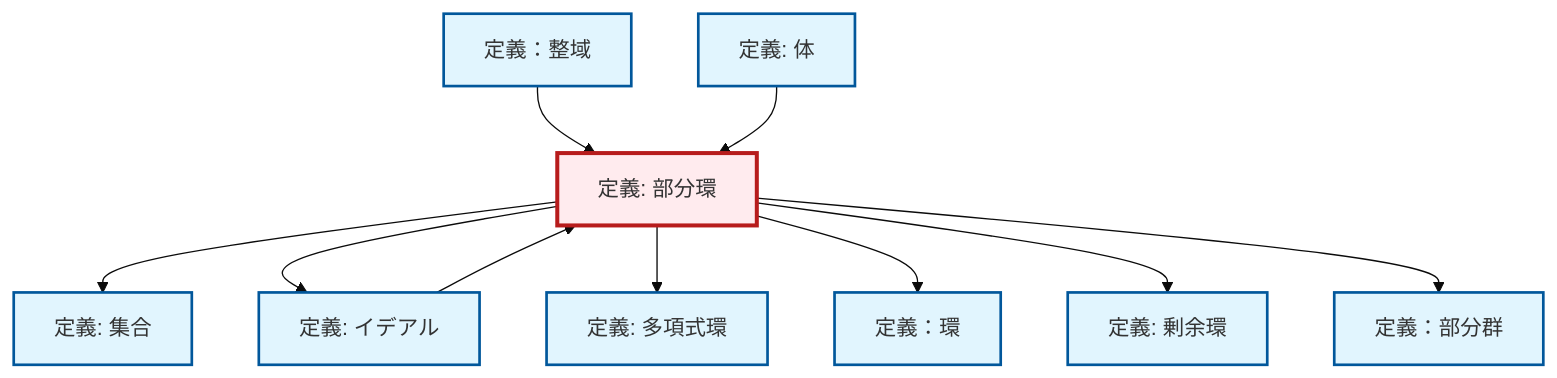
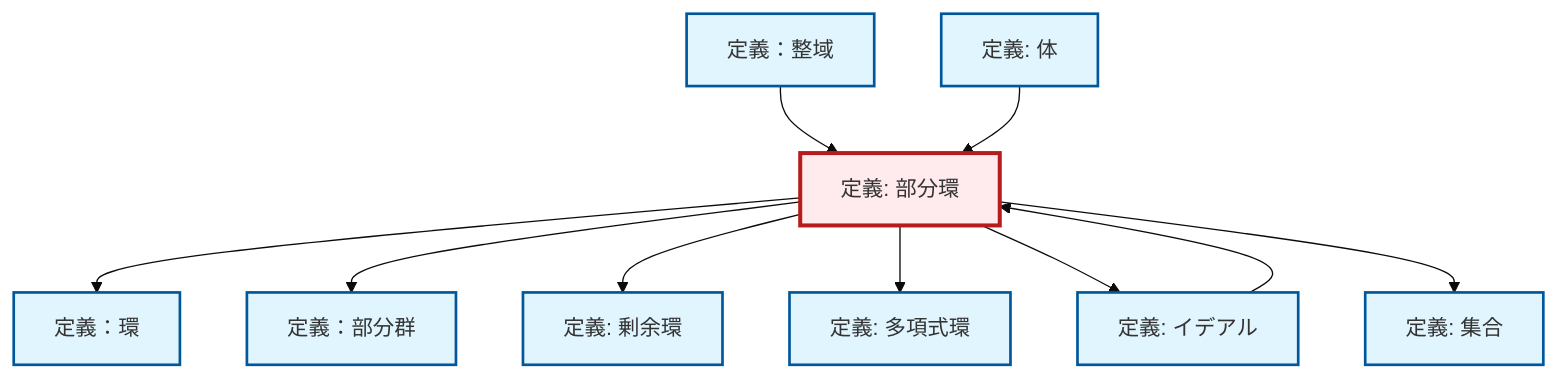
The diagram in content/ja/algebra/def-subring.qmd (RK0429/ModernMath), drawn with Mermaid (base theme) before and after one commit. The commit also changed 672 other files, not shown here.

````diff
--- a/content/ja/algebra/def-subring.qmd
+++ b/content/ja/algebra/def-subring.qmd
@@ -85,36 +85,36 @@
 ```{mermaid}
-%%| fig-cap: "Local dependency graph"
+%%| fig-cap: "ローカル依存関係グラフ"
 graph TD
     classDef definition fill:#e1f5fe,stroke:#01579b,stroke-width:2px
     classDef theorem fill:#f3e5f5,stroke:#4a148c,stroke-width:2px
     classDef axiom fill:#fff3e0,stroke:#e65100,stroke-width:2px
     classDef example fill:#e8f5e9,stroke:#1b5e20,stroke-width:2px
     classDef current fill:#ffebee,stroke:#b71c1c,stroke-width:3px
+    def-set["定義: 集合"]:::definition
+    def-subgroup["定義：部分群"]:::definition
+    def-subring["定義: 部分環"]:::definition
+    def-integral-domain["定義：整域"]:::definition
+    def-polynomial-ring["定義: 多項式環"]:::definition
+    def-ring["定義：環"]:::definition
+    def-ideal["定義: イデアル"]:::definition
     def-field["定義: 体"]:::definition
-    def-subring["定義: 部分環"]:::definition
-    def-ring["定義：環"]:::definition
-    def-subgroup["定義：部分群"]:::definition
-    def-set["定義: 集合"]:::definition
     def-quotient-ring["定義: 剰余環"]:::definition
-    def-polynomial-ring["定義: 多項式環"]:::definition
-    def-integral-domain["定義：整域"]:::definition
-    def-ideal["定義: イデアル"]:::definition
+    def-integral-domain --> def-subring
+    def-subring --> def-ring
+    def-subring --> def-subgroup
+    def-subring --> def-quotient-ring
+    def-subring --> def-polynomial-ring
+    def-subring --> def-ideal
+    def-field --> def-subring
     def-subring --> def-set
-    def-integral-domain --> def-subring
-    def-field --> def-subring
-    def-subring --> def-ideal
-    def-subring --> def-polynomial-ring
-    def-subring --> def-ring
-    def-subring --> def-quotient-ring
-    def-subring --> def-subgroup
     def-ideal --> def-subring
     class def-subring current
+    click def-set "def-set.html" "集合の定義へ"
+    click def-subgroup "def-subgroup.html" "定義：部分群へ"
+    click def-integral-domain "def-integral-domain.html" "定義：整域へ"
+    click def-polynomial-ring "def-polynomial-ring.html" "多項式環の定義へ"
+    click def-ring "def-ring.html" "定義：環へ"
+    click def-ideal "def-ideal.html" "イデアルの定義へ"
     click def-field "def-field.html" "体の定義へ"
-    click def-ring "def-ring.html" "定義：環へ"
-    click def-subgroup "def-subgroup.html" "定義：部分群へ"
-    click def-set "def-set.html" "集合の定義へ"
     click def-quotient-ring "def-quotient-ring.html" "剰余環の定義へ"
-    click def-polynomial-ring "def-polynomial-ring.html" "多項式環の定義へ"
-    click def-integral-domain "def-integral-domain.html" "定義：整域へ"
-    click def-ideal "def-ideal.html" "イデアルの定義へ"
 ```
````
